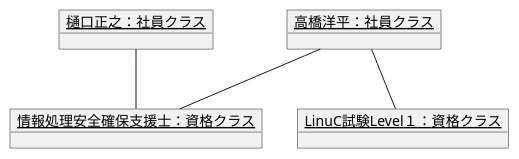
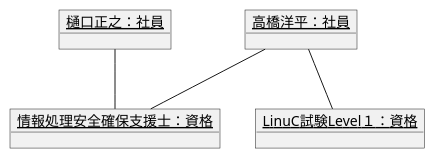
One commit to eumura123/uml-introduction changed the diagram in 演習3-6_OBJ_資格取得のオブジェクト図.pu. Above: the diagram before and after it, drawn with PlantUML.

Commit message:
演習3-6

```diff
--- a/演習3-6_OBJ_資格取得のオブジェクト図.pu
+++ b/演習3-6_OBJ_資格取得のオブジェクト図.pu
@@ -1,17 +1,17 @@
 @startuml  
-object "<u>高橋洋平：社員クラス</u>" as s1{
+object "<u>高橋洋平：社員</u>" as s1{
 
 }
-object "<u>樋口正之：社員クラス</u>" as s2{
+object "<u>樋口正之：社員</u>" as s2{
 
 }
-object "<u>情報処理安全確保支援士：資格クラス</u>" as s3{
+object "<u>情報処理安全確保支援士：資格</u>" as s3{
 
 }
-object "<u>LinuC試験Level１：資格クラス</u>" as s4{
+object "<u>LinuC試験Level１：資格</u>" as s4{
 
 }
 s1 -- s3
 s2 -- s3
 s1 -- s4
 @enduml
```
